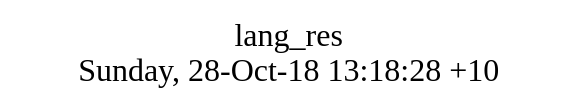
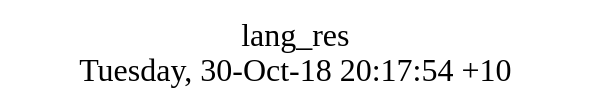
The diagram in src/lang_res/struct.dot (AplaProject/apps), drawn with Graphviz before and after one commit. The commit also changed 5 other files, not shown here.

```diff
--- a/src/lang_res/struct.dot
+++ b/src/lang_res/struct.dot
@@ -1,8 +1,8 @@
 digraph G {
 fontsize="24";
-label="lang_res\nSunday, 28-Oct-18 13:18:28 +10";
+label="lang_res\nTuesday, 30-Oct-18 20:17:54 +10";
 nojustify=true;
 ordering=out;
 rankdir=LR;
 size="30";
 }
```
